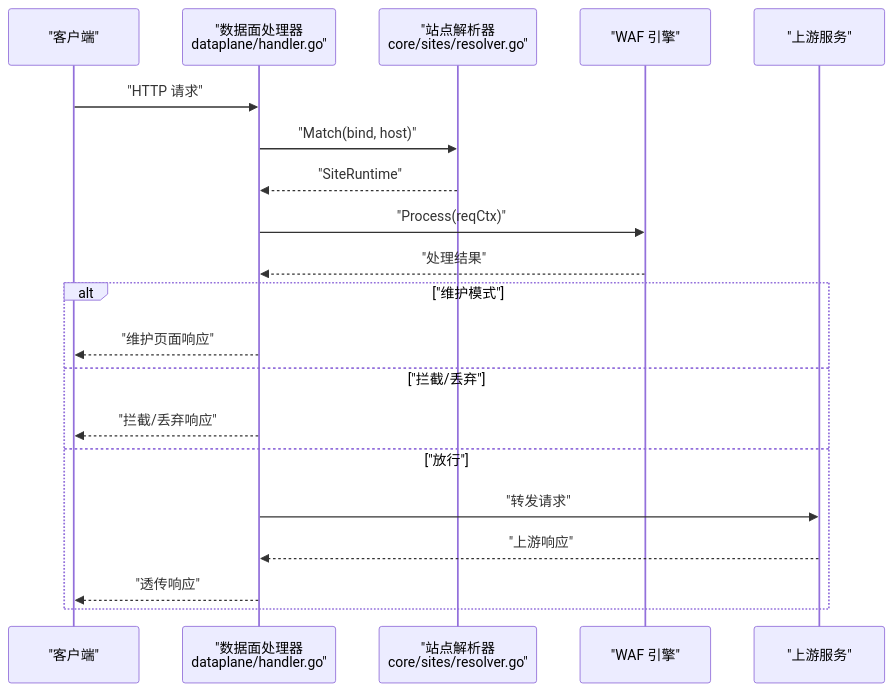
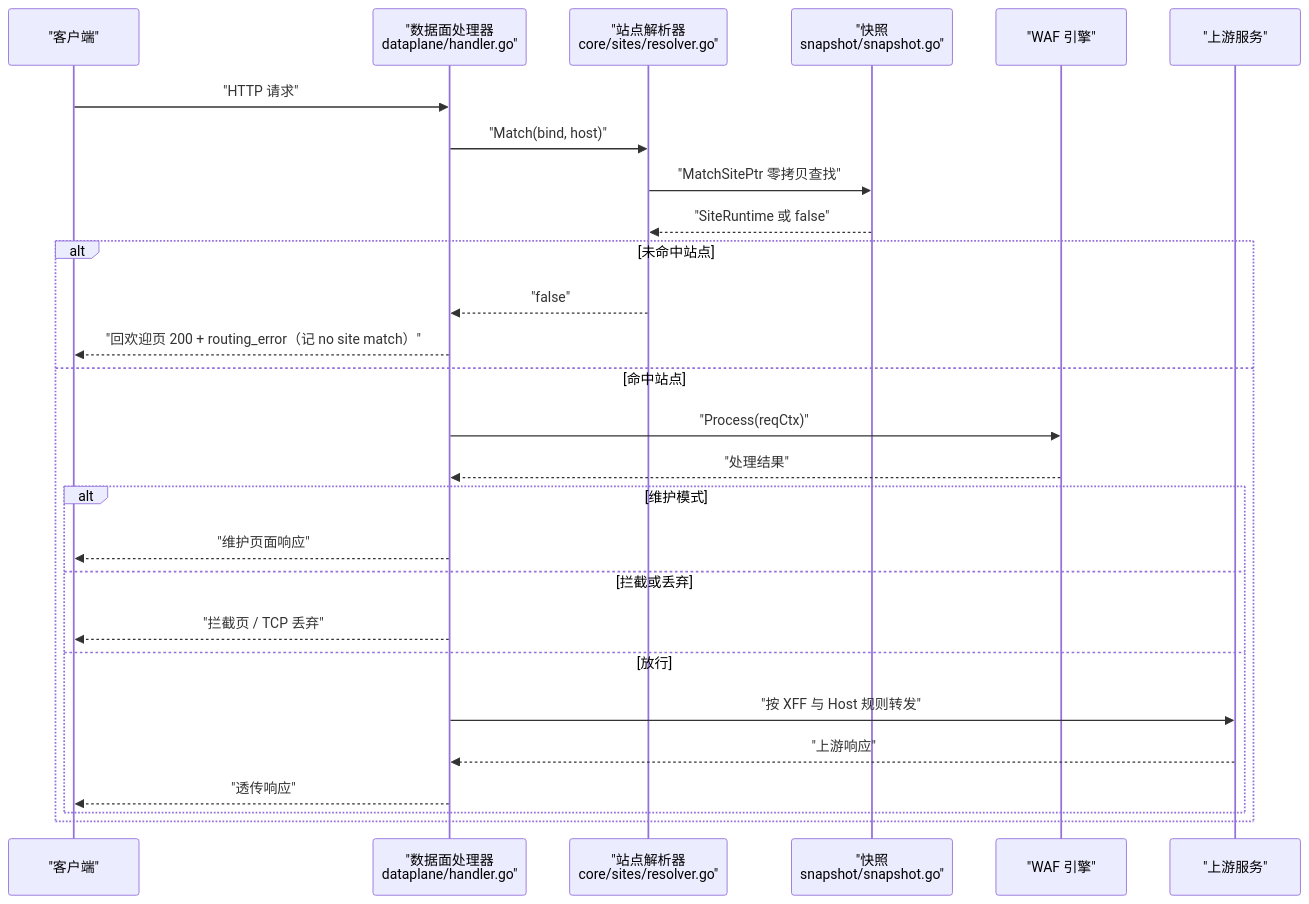
One commit to x01n/My-OpenWaf changed the third of 6 diagrams in docs/管理 API 系统/站点管理 API.md. Above: the diagram before and after it, drawn with Mermaid. The commit also changed other lines of this file and 622 other files, not shown here.

````diff
--- a/docs/管理 API 系统/站点管理 API.md
+++ b/docs/管理 API 系统/站点管理 API.md
@@ -122,22 +209,29 @@
 ```mermaid
 sequenceDiagram
 participant Client as "客户端"
-participant DataPlane as "数据面处理器<br/>dataplane/handler.go"
-participant Resolver as "站点解析器<br/>core/sites/resolver.go"
-participant Engine as "WAF 引擎"
-participant Upstream as "上游服务"
-Client->>DataPlane : "HTTP 请求"
-DataPlane->>Resolver : "Match(bind, host)"
-Resolver-->>DataPlane : "SiteRuntime"
-DataPlane->>Engine : "Process(reqCtx)"
-Engine-->>DataPlane : "处理结果"
-alt "维护模式"
-DataPlane-->>Client : "维护页面响应"
-else "拦截/丢弃"
-DataPlane-->>Client : "拦截/丢弃响应"
-else "放行"
-DataPlane->>Upstream : "转发请求"
-Upstream-->>DataPlane : "上游响应"
-DataPlane-->>Client : "透传响应"
+participant DP as "数据面处理器<br/>dataplane/handler.go"
+participant RES as "站点解析器<br/>core/sites/resolver.go"
+participant SN as "快照<br/>snapshot/snapshot.go"
+participant ENG as "WAF 引擎"
+participant UP as "上游服务"
+Client->>DP : "HTTP 请求"
+DP->>RES : "Match(bind, host)"
+RES->>SN : "MatchSitePtr 零拷贝查找"
+SN-->>RES : "SiteRuntime 或 false"
+alt 未命中站点
+RES-->>DP : "false"
+DP-->>Client : "回欢迎页 200 + routing_error（记 no site match）"
+else 命中站点
+DP->>ENG : "Process(reqCtx)"
+ENG-->>DP : "处理结果"
+alt 维护模式
+DP-->>Client : "维护页面响应"
+else 拦截或丢弃
+DP-->>Client : "拦截页 / TCP 丢弃"
+else 放行
+DP->>UP : "按 XFF 与 Host 规则转发"
+UP-->>DP : "上游响应"
+DP-->>Client : "透传响应"
+end
 end
 ```
````
